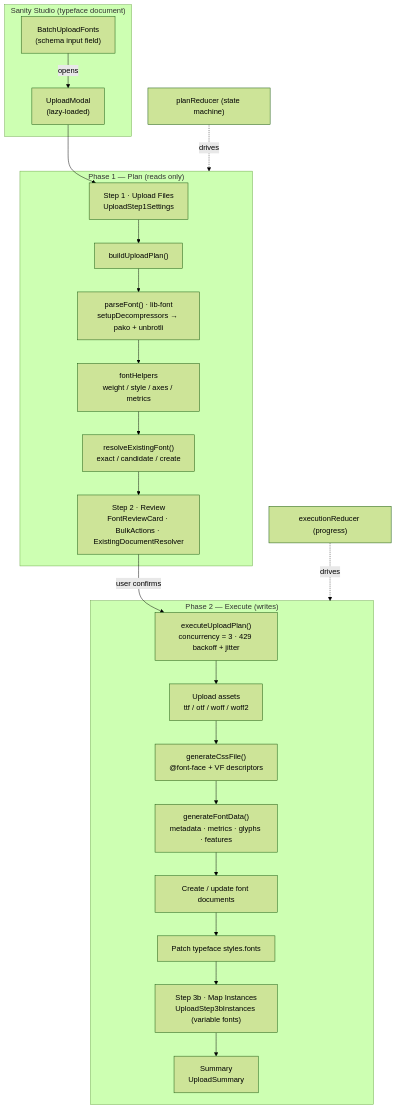
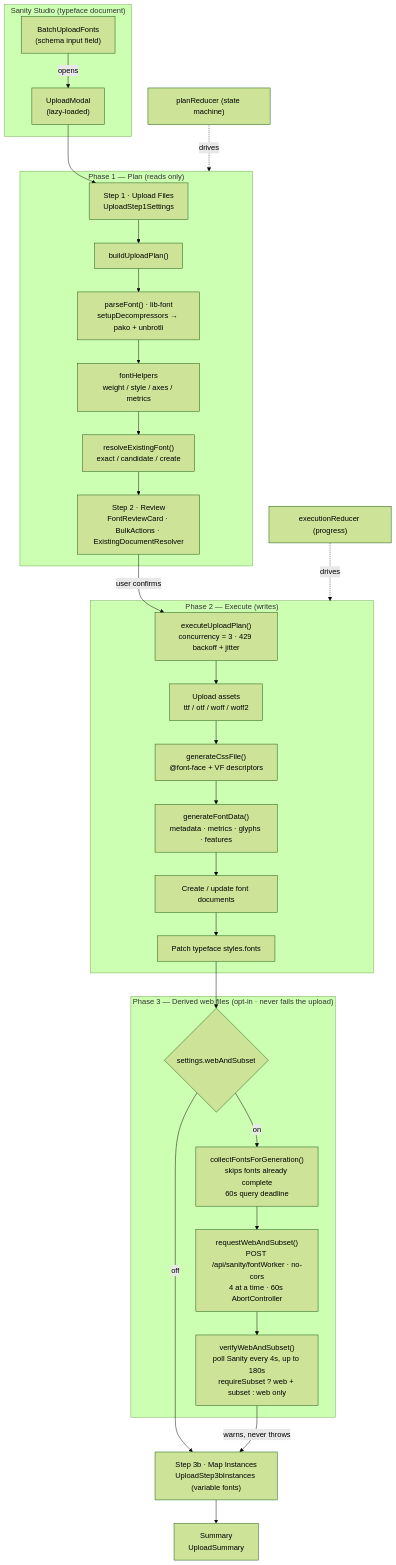
One commit to Liiift-Studio/sanity-font-manager changed the diagram in assets/upload-pipeline.mmd. Above: the diagram before and after it, drawn with Mermaid (forest theme). The commit also changed 1 other file, not shown here.

````diff
--- a/assets/upload-pipeline.mmd
+++ b/assets/upload-pipeline.mmd
@@ -1,32 +1,43 @@
 %% Reproducible source for the upload-pipeline diagram embedded in README.md.
 %% Render locally with: npx -y @mermaid-js/mermaid-cli -i assets/upload-pipeline.mmd -o assets/upload-pipeline.svg
 %% GitHub renders the inline ```mermaid``` block in the README directly, so a rendered
 %% image is optional. Keep this source in sync with the README block when editing.
 flowchart TD
     subgraph studio["Sanity Studio (typeface document)"]
         BUF["BatchUploadFonts<br/>(schema input field)"]
         BUF -->|opens| UM["UploadModal<br/>(lazy-loaded)"]
     end
 
     subgraph plan["Phase 1 — Plan (reads only)"]
         UM --> S1["Step 1 · Upload Files<br/>UploadStep1Settings"]
         S1 --> BUILD["buildUploadPlan()"]
         BUILD --> PF["parseFont() · lib-font<br/>setupDecompressors → pako + unbrotli"]
         PF --> FH["fontHelpers<br/>weight / style / axes / metrics"]
         FH --> RES["resolveExistingFont()<br/>exact / candidate / create"]
         RES --> S2["Step 2 · Review<br/>FontReviewCard · BulkActions · ExistingDocumentResolver"]
     end
 
     subgraph execute["Phase 2 — Execute (writes)"]
         S2 -->|user confirms| EXEC["executeUploadPlan()<br/>concurrency = 3 · 429 backoff + jitter"]
         EXEC --> UP["Upload assets<br/>ttf / otf / woff / woff2"]
         UP --> CSS["generateCssFile()<br/>@font-face + VF descriptors"]
         CSS --> META["generateFontData()<br/>metadata · metrics · glyphs · features"]
         META --> DOC["Create / update font documents"]
         DOC --> PATCH["Patch typeface styles.fonts"]
-        PATCH --> S3b["Step 3b · Map Instances<br/>UploadStep3bInstances (variable fonts)"]
-        S3b --> SUM["Summary<br/>UploadSummary"]
     end
+
+    S3b["Step 3b · Map Instances<br/>UploadStep3bInstances (variable fonts)"] --> SUM["Summary<br/>UploadSummary"]
+
+    subgraph derive["Phase 3 — Derived web files (opt-in · never fails the upload)"]
+        GATE{"settings.webAndSubset"}
+        GATE -->|on| COLL["collectFontsForGeneration()<br/>skips fonts already complete<br/>60s query deadline"]
+        COLL --> REQ["requestWebAndSubset()<br/>POST /api/sanity/fontWorker · no-cors<br/>4 at a time · 60s AbortController"]
+        REQ --> VER["verifyWebAndSubset()<br/>poll Sanity every 4s, up to 180s<br/>requireSubset ? web + subset : web only"]
+    end
+
+    PATCH --> GATE
+    GATE -->|off| S3b
+    VER -->|"warns, never throws"| S3b
 
     planReducer["planReducer (state machine)"] -.drives.-> plan
     executionReducer["executionReducer (progress)"] -.drives.-> execute
````
